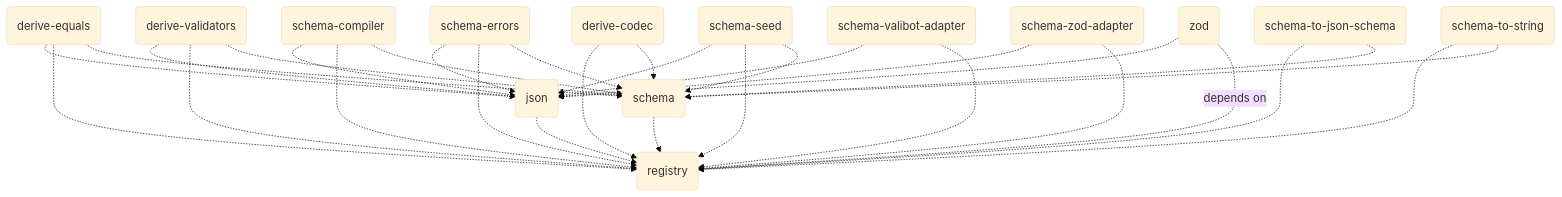
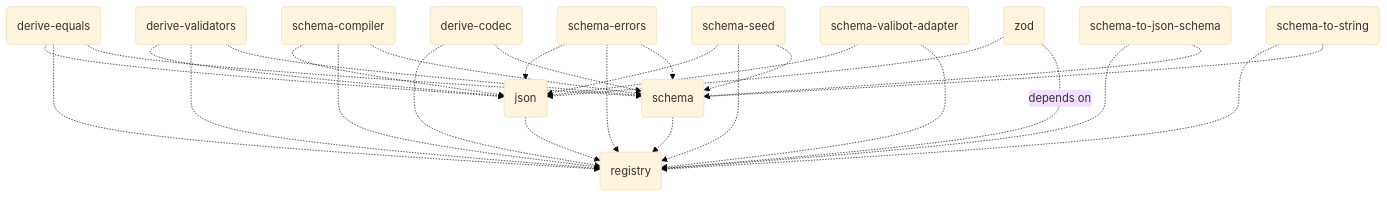
One commit to traversable/schema changed the diagram in README.md. Above: the diagram before and after it, drawn with Mermaid (base theme). The commit also changed 57 other files, not shown here.

Commit message:
delete(schema-zod-adapter): removes defunct package

````diff
--- a/README.md
+++ b/README.md
@@ -497,33 +497,31 @@
 ```mermaid
 flowchart TD
     registry(registry)
     json(json) -.-> registry(registry)
     schema(schema) -.-> registry(registry)
     derive-codec(derive-codec) -.-> registry(registry)
     derive-codec(derive-codec) -.-> schema(schema)
     derive-equals(derive-equals) -.-> json(json)
     derive-equals(derive-equals) -.-> registry(registry)
     derive-equals(derive-equals) -.-> schema(schema)
     derive-validators(derive-validators) -.-> json(json)
     derive-validators(derive-validators) -.-> registry(registry)
     derive-validators(derive-validators) -.-> schema(schema)
     schema-compiler(schema-compiler) -.-> json(json)
     schema-compiler(schema-compiler) -.-> registry(registry)
     schema-compiler(schema-compiler) -.-> schema(schema)
     schema-errors(schema-errors) -.-> json(json)
     schema-errors(schema-errors) -.-> registry(registry)
     schema-errors(schema-errors) -.-> schema(schema)
     schema-seed(schema-seed) -.-> json(json)
     schema-seed(schema-seed) -.-> registry(registry)
     schema-seed(schema-seed) -.-> schema(schema)
     schema-to-json-schema(schema-to-json-schema) -.-> registry(registry)
     schema-to-json-schema(schema-to-json-schema) -.-> schema(schema)
     schema-to-string(schema-to-string) -.-> registry(registry)
     schema-to-string(schema-to-string) -.-> schema(schema)
     schema-valibot-adapter(schema-valibot-adapter) -.-> json(json)
     schema-valibot-adapter(schema-valibot-adapter) -.-> registry(registry)
-    schema-zod-adapter(schema-zod-adapter) -.-> json(json)
-    schema-zod-adapter(schema-zod-adapter) -.-> registry(registry)
     zod(zod) -.-> json(json)
     zod(zod) -.depends on.-> registry(registry)
 ```
````
